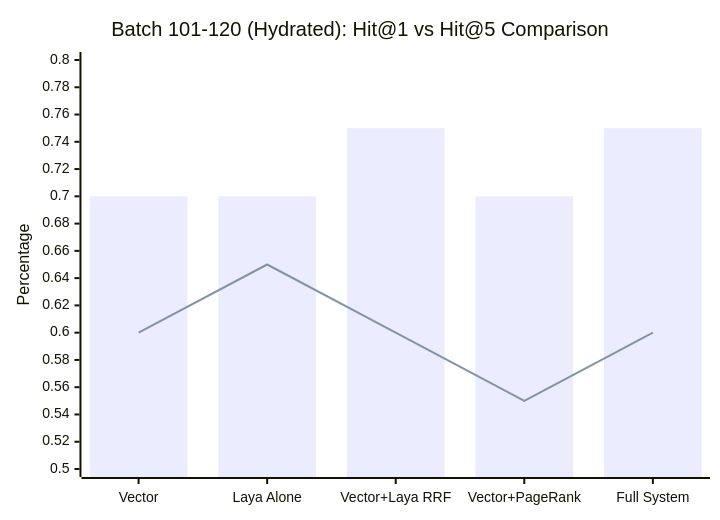
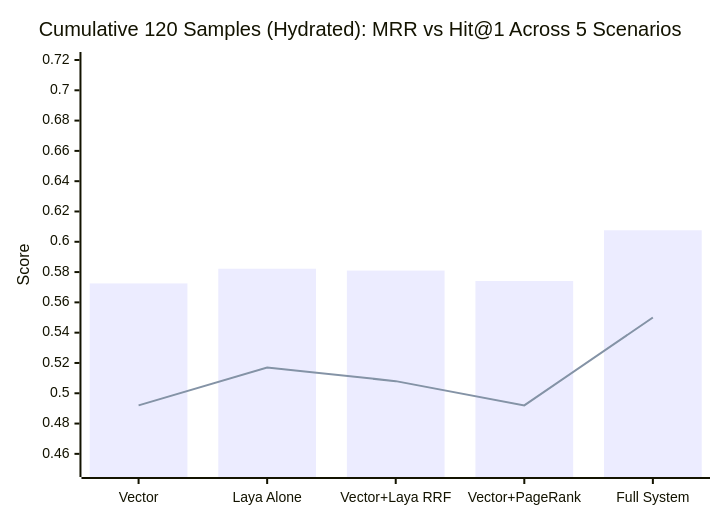
Before and after one commit to zombieTDV/UTH-Data-Mining-Real-Time-Scientific-Data-Mining-Advanced-RAG-System-for-AI-DS: the second of 3 diagrams in docs/benchmarks/laya_pagerank_benchmark_report.md, drawn with Mermaid. The commit also changed other lines of this file and 3 other files, not shown here.

````diff
--- a/docs/benchmarks/laya_pagerank_benchmark_report.md
+++ b/docs/benchmarks/laya_pagerank_benchmark_report.md
@@ -44,8 +44,8 @@
 ```mermaid
 xychart-beta
-    title "Batch 101-120 (Hydrated): Hit@1 vs Hit@5 Comparison"
+    title "Cumulative 120 Samples (Hydrated): MRR vs Hit@1 Across 5 Scenarios"
     x-axis ["Vector", "Laya Alone", "Vector+Laya RRF", "Vector+PageRank", "Full System"]
-    y-axis "Percentage" 0.50 --> 0.80
-    bar [0.70, 0.70, 0.75, 0.70, 0.75]
-    line [0.60, 0.65, 0.60, 0.55, 0.60]
+    y-axis "Score" 0.45 --> 0.72
+    bar [0.5725, 0.5822, 0.5810, 0.5741, 0.6076]
+    line [0.492, 0.517, 0.508, 0.492, 0.550]
 ```
````
